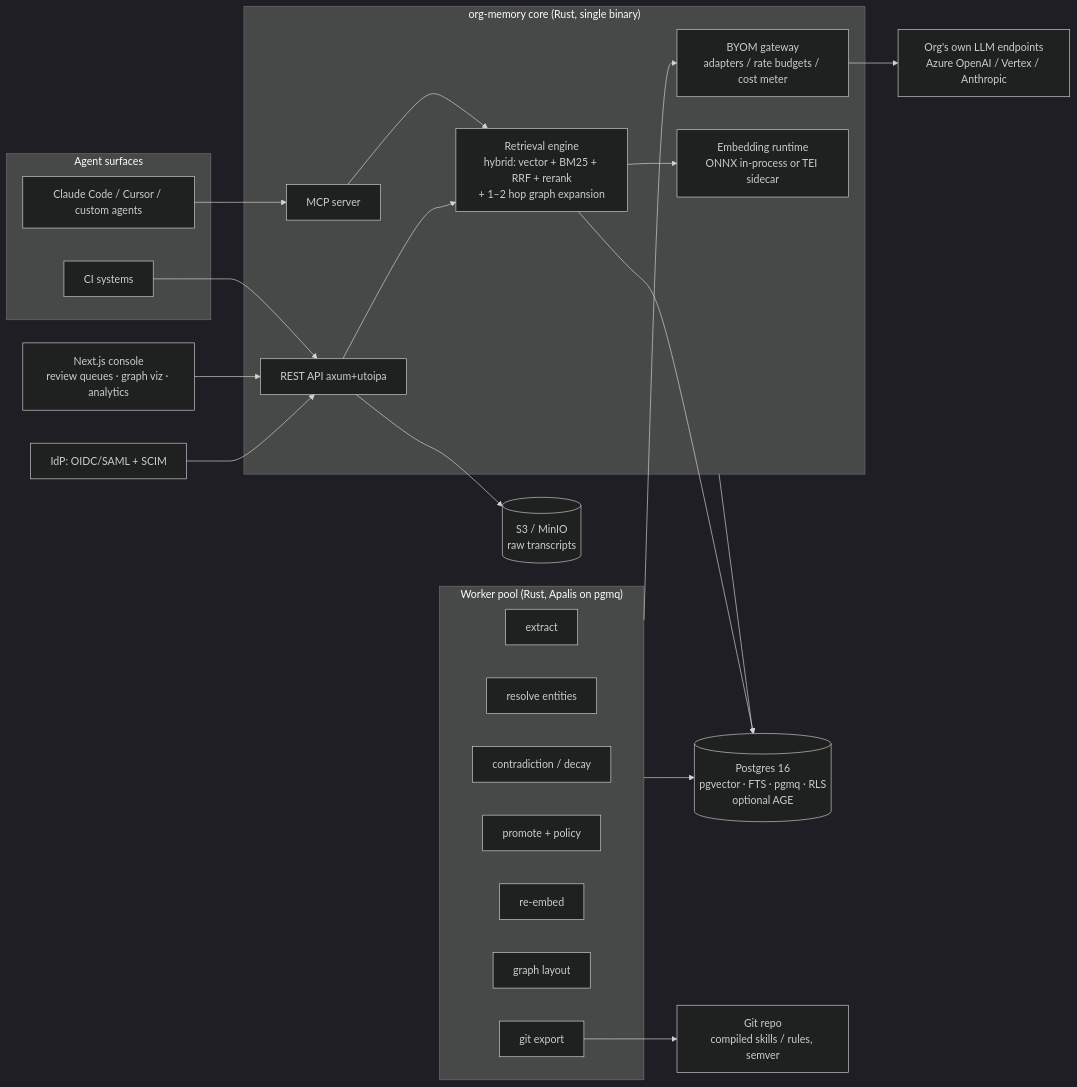
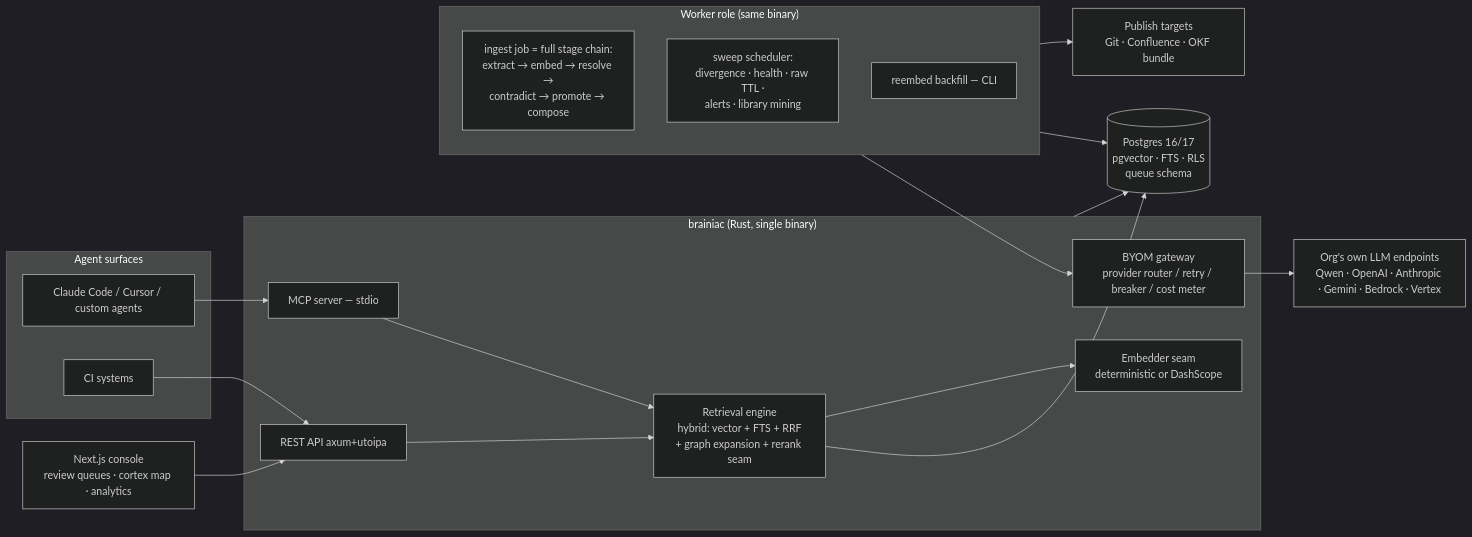
The diagram in docs/ARCHITECTURE.md (xkazm04/brainiac), drawn with Mermaid (dark theme) before and after one commit. The commit also changed other lines of this file and 8 other files, not shown here.

First line of the commit message:
docs: architecture rewrite, plan updates, regenerated context map

````diff
--- a/docs/ARCHITECTURE.md
+++ b/docs/ARCHITECTURE.md
@@ -25,47 +47,39 @@
 ```mermaid
 flowchart LR
   subgraph Agents["Agent surfaces"]
     CC[Claude Code / Cursor / custom agents]
     CI[CI systems]
   end
 
-  subgraph Core["org-memory core (Rust, single binary)"]
-    MCP[MCP server]
+  subgraph Core["brainiac (Rust, single binary)"]
+    MCP[MCP server — stdio]
     REST[REST API axum+utoipa]
-    RET[Retrieval engine<br/>hybrid: vector + BM25 + RRF + rerank<br/>+ 1–2 hop graph expansion]
-    GW[BYOM gateway<br/>adapters / rate budgets / cost meter]
-    EMB[Embedding runtime<br/>ONNX in-process or TEI sidecar]
+    RET[Retrieval engine<br/>hybrid: vector + FTS + RRF<br/>+ graph expansion + rerank seam]
+    GW[BYOM gateway<br/>provider router / retry / breaker / cost meter]
+    EMB[Embedder seam<br/>deterministic or DashScope]
   end
 
-  subgraph Workers["Worker pool (Rust, Apalis on pgmq)"]
-    W1[extract]
-    W2[resolve entities]
-    W3[contradiction / decay]
-    W4[promote + policy]
-    W5[re-embed]
-    W6[graph layout]
-    W7[git export]
+  subgraph Workers["Worker role (same binary)"]
+    W1[ingest job = full stage chain:<br/>extract → embed → resolve →<br/>contradict → promote → compose]
+    W2[sweep scheduler:<br/>divergence · health · raw TTL ·<br/>alerts · library mining]
+    W3[reembed backfill — CLI]
   end
 
-  PG[(Postgres 16<br/>pgvector · FTS · pgmq · RLS<br/>optional AGE)]
-  S3[(S3 / MinIO<br/>raw transcripts)]
-  IDP[IdP: OIDC/SAML + SCIM]
-  LLM[Org's own LLM endpoints<br/>Azure OpenAI / Vertex / Anthropic]
-  UI[Next.js console<br/>review queues · graph viz · analytics]
-  GIT[Git repo<br/>compiled skills / rules, semver]
+  PG[(Postgres 16/17<br/>pgvector · FTS · RLS<br/>queue schema)]
+  LLM[Org's own LLM endpoints<br/>Qwen · OpenAI · Anthropic · Gemini · Bedrock · Vertex]
+  UI[Next.js console<br/>review queues · cortex map · analytics]
+  OUT[Publish targets<br/>Git · Confluence · OKF bundle]
 
   CC --> MCP
   CI --> REST
   UI --> REST
   MCP --> RET
   REST --> RET
   RET --> PG
   RET --> EMB
   Workers --> PG
   Workers --> GW
   GW --> LLM
-  W7 --> GIT
+  Workers --> OUT
   Core --> PG
-  REST --> S3
-  IDP --> REST
 ```
````
